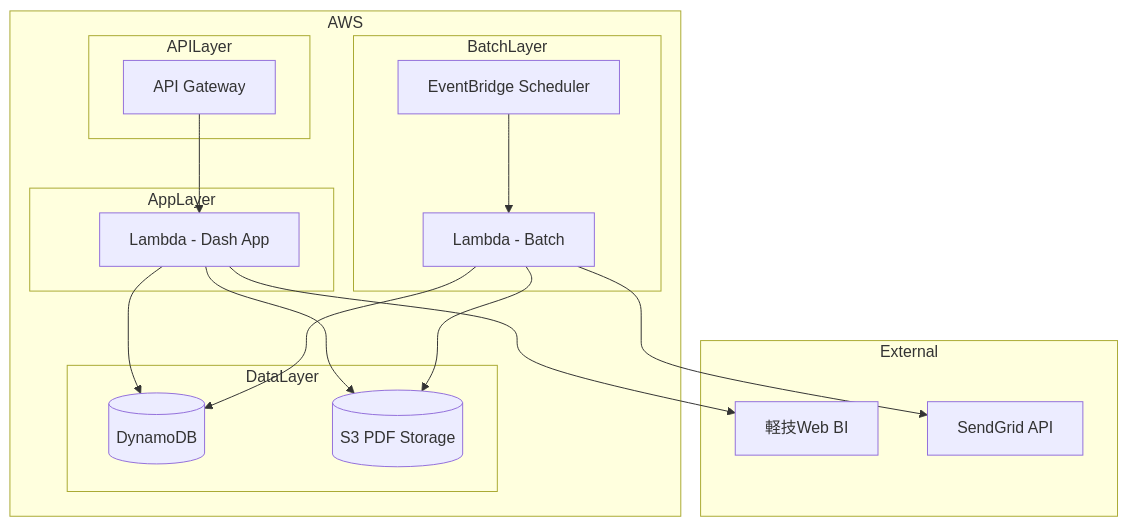
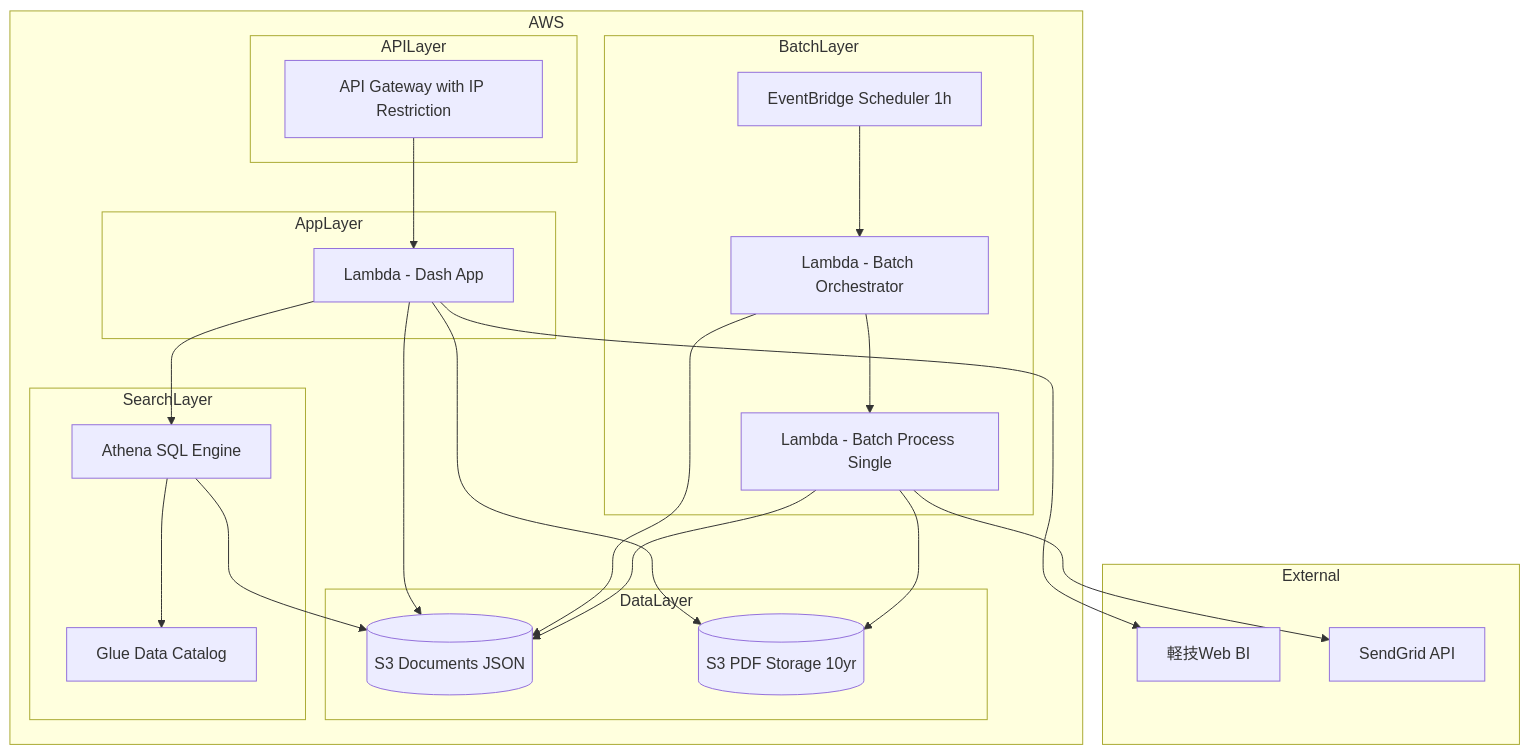
Before and after one commit to hogekof/tokaisteel-invoice-delivery-mail-system: the first of 7 diagrams in .kiro/specs/invoice-delivery-mail-system/design.md, drawn with Mermaid. The commit also changed other lines of this file and 4 other files, not shown here.

````diff
--- a/.kiro/specs/invoice-delivery-mail-system/design.md
+++ b/.kiro/specs/invoice-delivery-mail-system/design.md
@@ -39,36 +45,47 @@
 ```mermaid
 graph TB
     subgraph External
         KeigiWeb[軽技Web BI]
         SendGridAPI[SendGrid API]
     end
 
     subgraph AWS
         subgraph APILayer
-            APIGateway[API Gateway]
+            APIGateway[API Gateway with IP Restriction]
         end
 
         subgraph AppLayer
             DashLambda[Lambda - Dash App]
         end
 
         subgraph DataLayer
-            DynamoDB[(DynamoDB)]
-            S3[(S3 PDF Storage)]
+            S3Docs[(S3 Documents JSON)]
+            S3Pdf[(S3 PDF Storage 10yr)]
+        end
+
+        subgraph SearchLayer
+            Athena[Athena SQL Engine]
+            GlueCatalog[Glue Data Catalog]
         end
 
         subgraph BatchLayer
-            EventBridge[EventBridge Scheduler]
-            BatchLambda[Lambda - Batch]
+            EventBridge[EventBridge Scheduler 1h]
+            ParentLambda[Lambda - Batch Orchestrator]
+            ChildLambda[Lambda - Batch Process Single]
         end
     end
 
     APIGateway --> DashLambda
-    DashLambda --> DynamoDB
-    DashLambda --> S3
+    DashLambda --> S3Docs
+    DashLambda --> S3Pdf
     DashLambda --> KeigiWeb
-    BatchLambda --> DynamoDB
-    BatchLambda --> SendGridAPI
-    BatchLambda --> S3
-    EventBridge --> BatchLambda
+    DashLambda --> Athena
+    Athena --> GlueCatalog
+    Athena --> S3Docs
+    EventBridge --> ParentLambda
+    ParentLambda --> S3Docs
+    ParentLambda --> ChildLambda
+    ChildLambda --> S3Docs
+    ChildLambda --> S3Pdf
+    ChildLambda --> SendGridAPI
 ```
````
